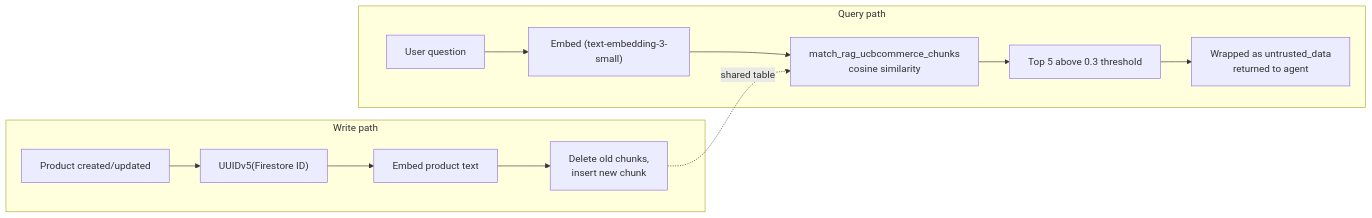
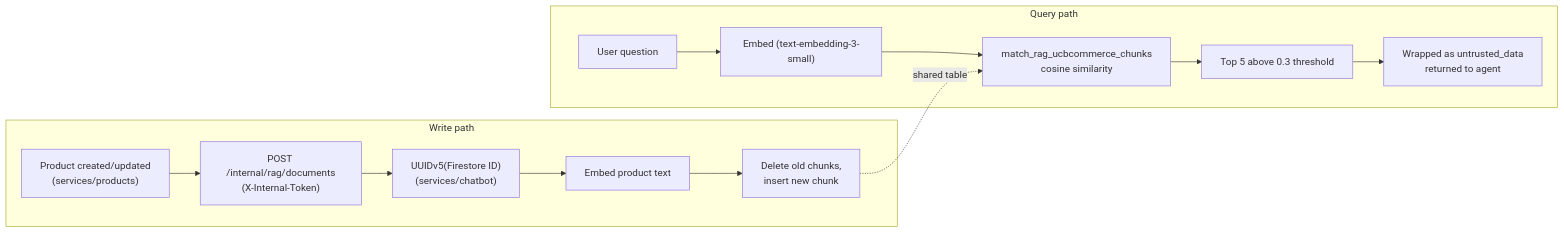
One commit to ChristianMendozaa/UCB-e-commerce changed the fourth of 4 diagrams in README.md. Above: the diagram before and after it, drawn with Mermaid. The commit also changed other lines of this file and 18 other files, not shown here.

First line of the commit message:
feat(chatbot): add internal RAG document management endpoints with authentication

````diff
--- a/README.md
+++ b/README.md
@@ -199,15 +199,16 @@
 ```mermaid
 graph LR
     subgraph Write path
-        PW[Product created/updated] --> UUID["UUIDv5(Firestore ID)"]
+        PW["Product created/updated\n(services/products)"] --> POST["POST /internal/rag/documents\n(X-Internal-Token)"]
+        POST --> UUID["UUIDv5(Firestore ID)\n(services/chatbot)"]
         UUID --> EMB1[Embed product text]
         EMB1 --> UP[Delete old chunks,\ninsert new chunk]
     end
     subgraph Query path
         Q[User question] --> EMB2["Embed (text-embedding-3-small)"]
         EMB2 --> RPC[match_rag_ucbcommerce_chunks\ncosine similarity]
         RPC --> TOP[Top 5 above 0.3 threshold]
         TOP --> WRAP[Wrapped as untrusted_data\nreturned to agent]
     end
     UP -.->|shared table| RPC
 ```
````
